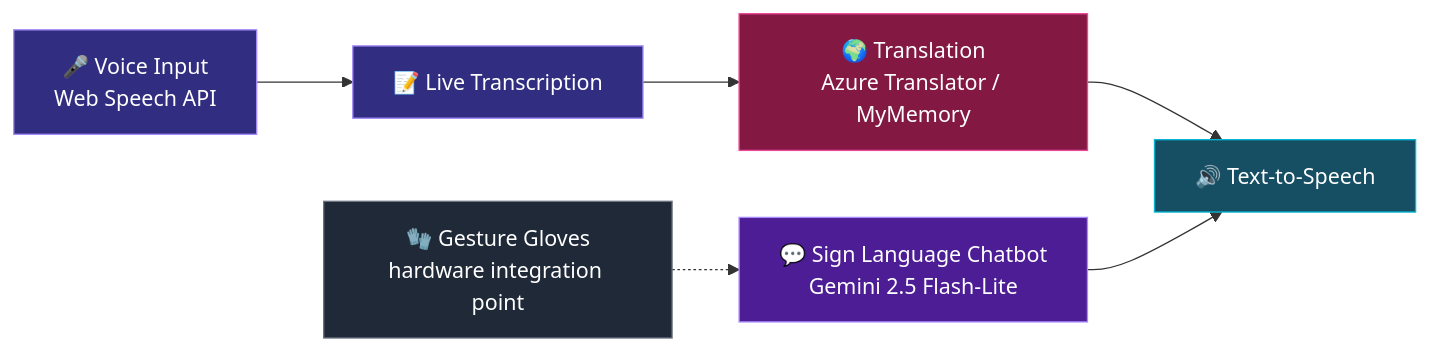
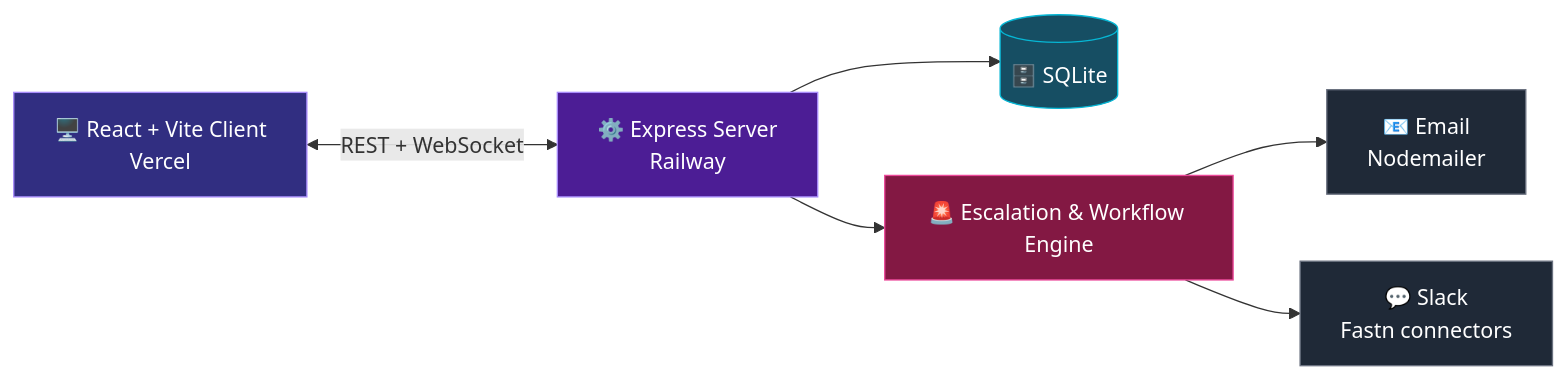
The diagram in README.md (Rubaitzk/Rubaitzk), drawn with Mermaid before and after one commit. The commit also changed other lines of this file and 2 other files, not shown here.

````diff
--- a/README.md
+++ b/README.md
@@ -81,15 +86,15 @@
 ```mermaid
 flowchart LR
-    A["🎤 Voice Input<br/>Web Speech API"] --> B["📝 Live Transcription"]
-    B --> C["🌍 Translation<br/>Azure Translator / MyMemory"]
-    C --> D["🔊 Text-to-Speech"]
-    E["💬 Sign Language Chatbot<br/>Gemini 2.5 Flash-Lite"] --> D
-    F["🧤 Gesture Gloves<br/>hardware integration point"] -.-> E
+    A["🖥️ React + Vite Client<br/>Vercel"] <-->|"REST + WebSocket"| B["⚙️ Express Server<br/>Railway"]
+    B --> C[("🗄️ SQLite")]
+    B --> D["🚨 Escalation &amp; Workflow Engine"]
+    D --> E["📧 Email<br/>Nodemailer"]
+    D --> F["💬 Slack<br/>Fastn connectors"]
 
     style A fill:#312e81,stroke:#a78bfa,color:#fff
-    style B fill:#312e81,stroke:#a78bfa,color:#fff
-    style C fill:#831843,stroke:#ec4899,color:#fff
-    style D fill:#164e63,stroke:#06b6d4,color:#fff
-    style E fill:#4c1d95,stroke:#a78bfa,color:#fff
+    style B fill:#4c1d95,stroke:#a78bfa,color:#fff
+    style C fill:#164e63,stroke:#06b6d4,color:#fff
+    style D fill:#831843,stroke:#ec4899,color:#fff
+    style E fill:#1f2937,stroke:#6b7280,color:#fff
     style F fill:#1f2937,stroke:#6b7280,color:#fff
 ```
````
